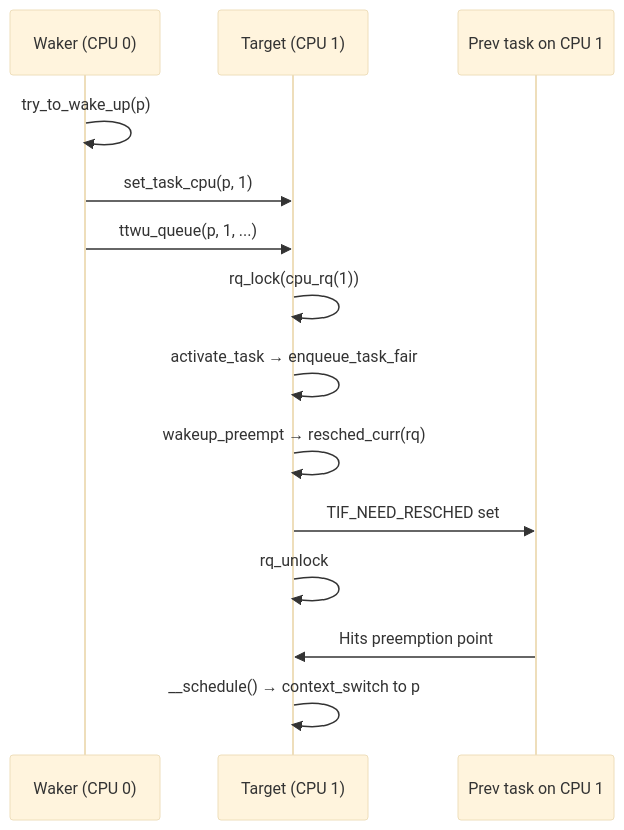
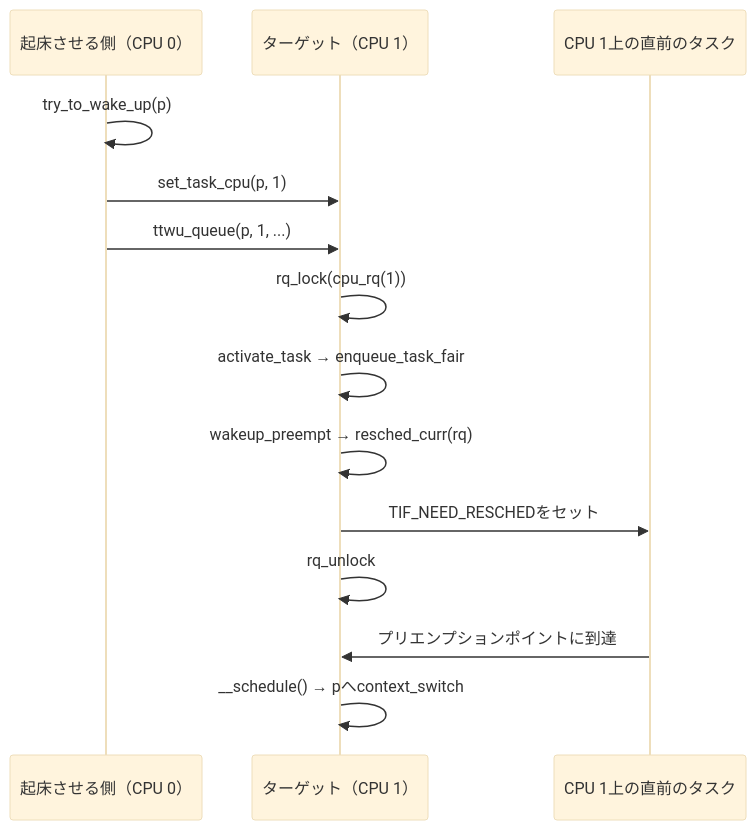
Before and after one commit to doguto/linux-kernel-internals-jp: the second of 2 diagrams in docs/sched/wakeup.md, drawn with Mermaid (base theme). The commit also changed other lines of this file and 113 other files, not shown here.

````diff
--- a/docs/sched/wakeup.md
+++ b/docs/sched/wakeup.md
@@ -217,17 +217,17 @@
 ```mermaid
 sequenceDiagram
-    participant W as Waker (CPU 0)
-    participant T as Target (CPU 1)
-    participant P as Prev task on CPU 1
+    participant W as 起床させる側（CPU 0）
+    participant T as ターゲット（CPU 1）
+    participant P as CPU 1上の直前のタスク
 
     W->>W: try_to_wake_up(p)
     W->>T: set_task_cpu(p, 1)
     W->>T: ttwu_queue(p, 1, ...)
     T->>T: rq_lock(cpu_rq(1))
     T->>T: activate_task → enqueue_task_fair
     T->>T: wakeup_preempt → resched_curr(rq)
-    T->>P: TIF_NEED_RESCHED set
+    T->>P: TIF_NEED_RESCHEDをセット
     T->>T: rq_unlock
-    P->>T: Hits preemption point
-    T->>T: __schedule() → context_switch to p
+    P->>T: プリエンプションポイントに到達
+    T->>T: __schedule() → pへcontext_switch
 ```
````
